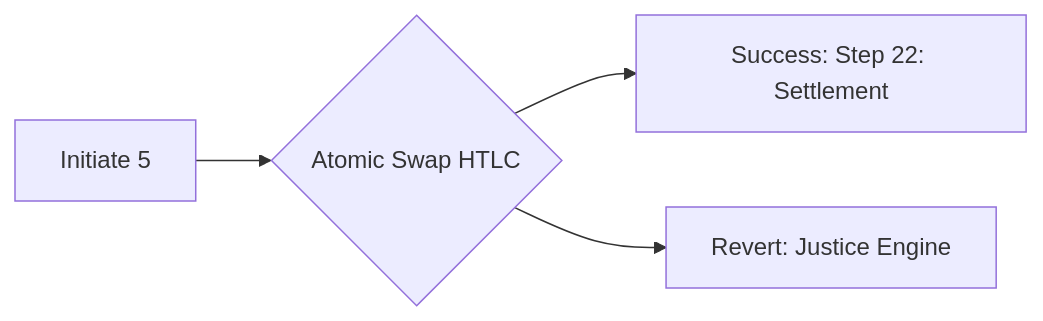
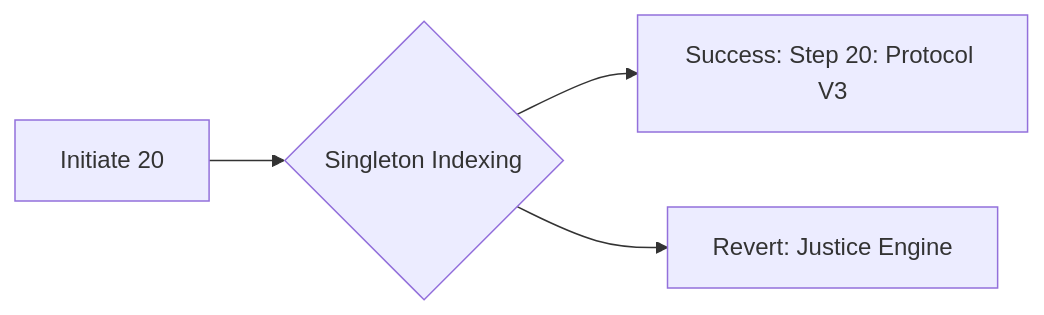
Before and after one commit to Ze0ro99/SmartContracts: the diagram in imported/docs/ReadMe.md, drawn with Mermaid. The commit also changed other lines of this file and 111 other files, not shown here.

````diff
--- a/imported/docs/ReadMe.md
+++ b/imported/docs/ReadMe.md
@@ -3,6 +3,6 @@
 ```mermaid
 graph LR
-  A[Initiate 5] --> B{Atomic Swap HTLC}
-  B --> C[Success: Step 22: Settlement]
+  A[Initiate 20] --> B{Singleton Indexing}
+  B --> C[Success: Step 20: Protocol V3]
   B --> D[Revert: Justice Engine]
 ```
````
